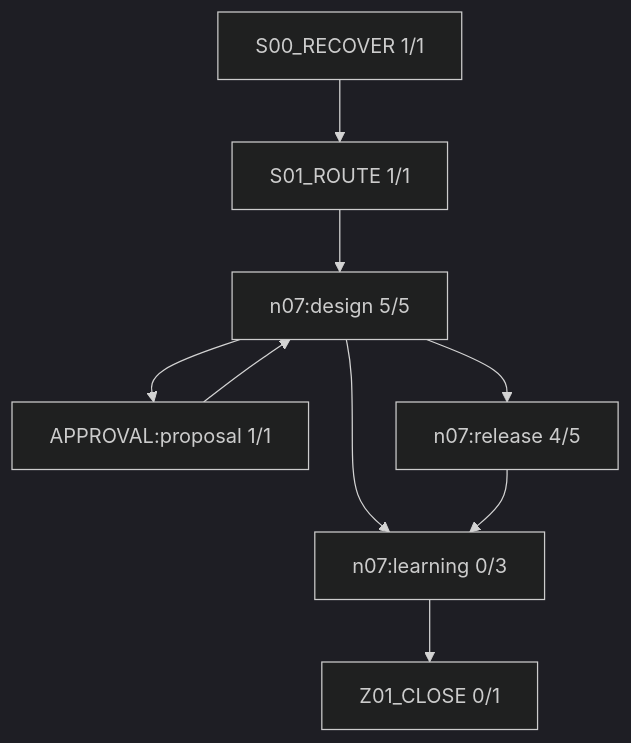
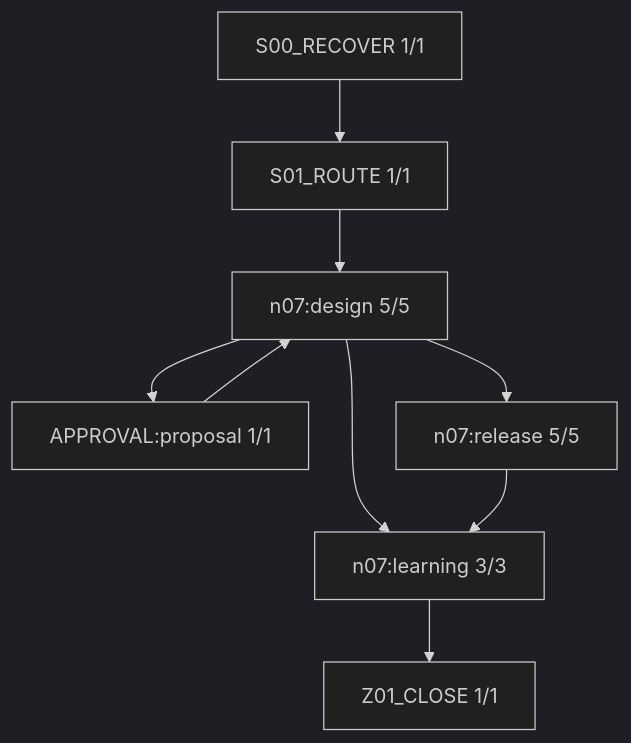
One commit to rrikunagasige-dot/kyotsu-step-web changed the diagram in work/items/W-MATH-032-n07-semantic-repair/generated/FIRE_DIAGRAM.md. Above: the diagram before and after it, drawn with Mermaid (dark theme). The commit also changed other lines of this file and 330 other files, not shown here.

````diff
--- a/work/items/W-MATH-032-n07-semantic-repair/generated/FIRE_DIAGRAM.md
+++ b/work/items/W-MATH-032-n07-semantic-repair/generated/FIRE_DIAGRAM.md
@@ -5,18 +5,18 @@
 ```mermaid
 flowchart TD
   N0["S00_RECOVER 1/1"]
   N1["S01_ROUTE 1/1"]
   N2["n07:design 5/5"]
   N3["APPROVAL:proposal 1/1"]
-  N4["n07:release 4/5"]
-  N5["n07:learning 0/3"]
-  N6["Z01_CLOSE 0/1"]
+  N4["n07:release 5/5"]
+  N5["n07:learning 3/3"]
+  N6["Z01_CLOSE 1/1"]
   N3 --> N2
   N0 --> N1
   N1 --> N2
   N2 --> N3
   N2 --> N5
   N2 --> N4
   N5 --> N6
   N4 --> N5
 ```
````
